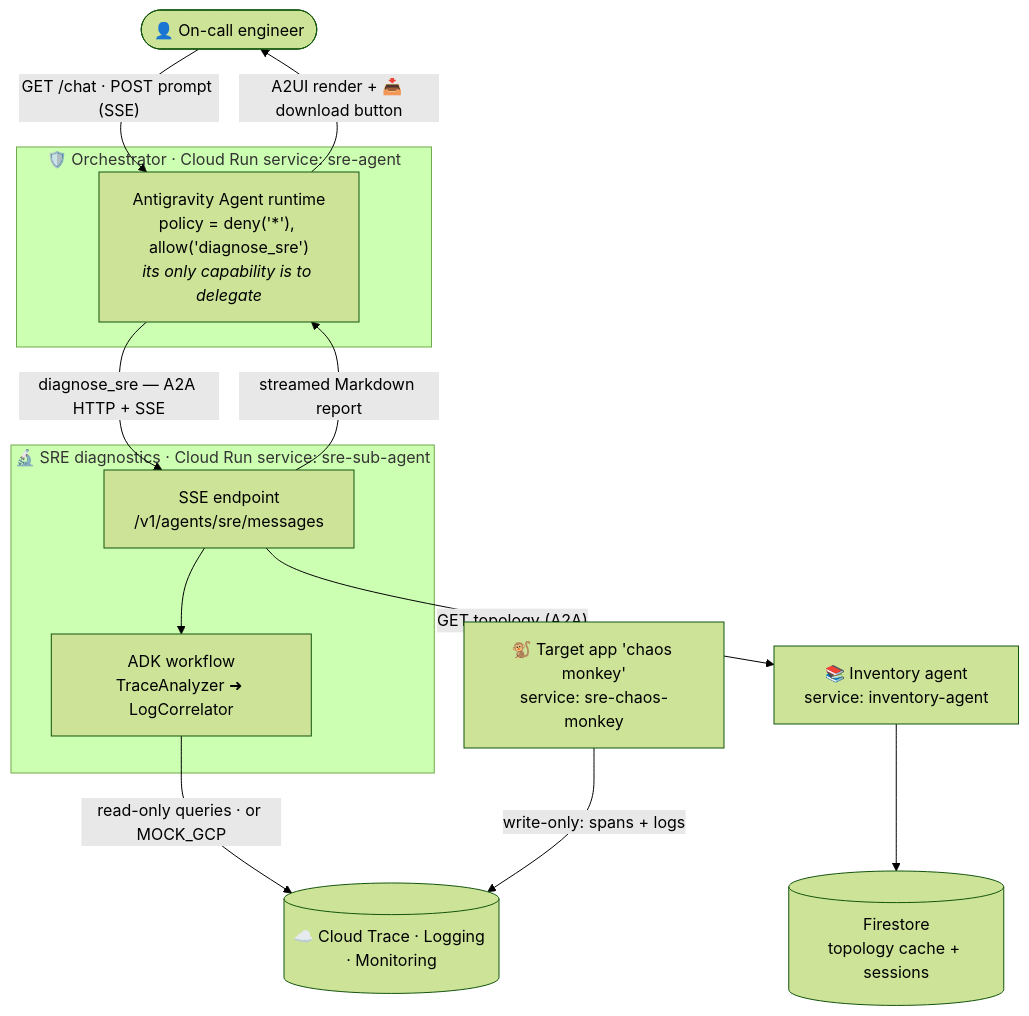
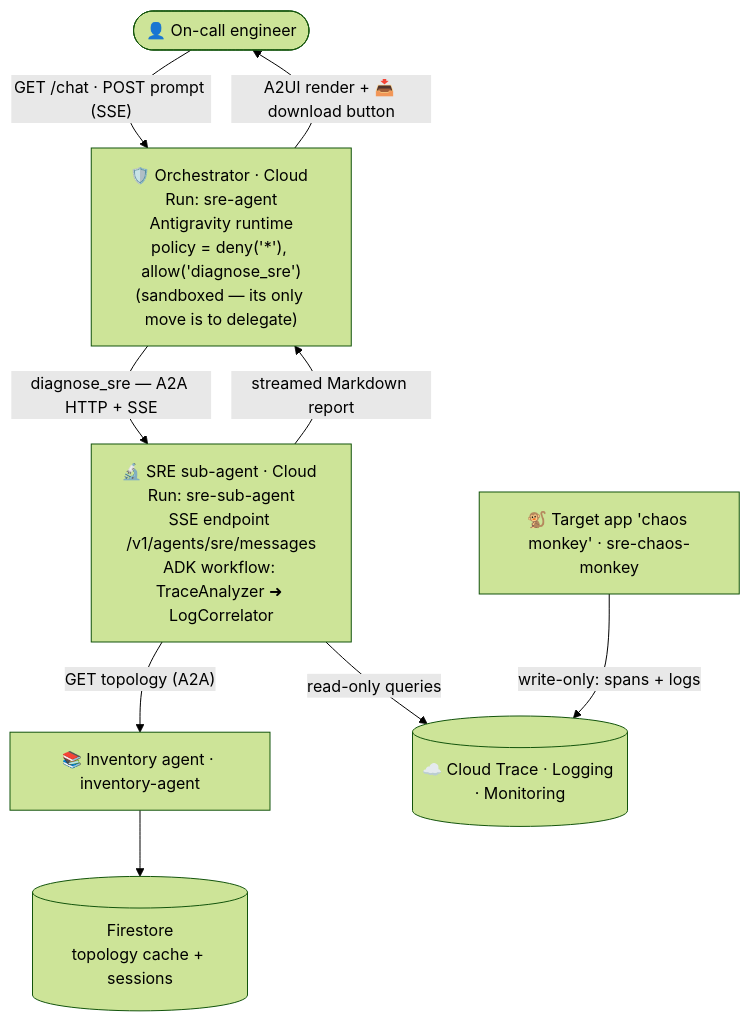
One commit to xSAVIKx/sre-agent changed the first of 5 diagrams in BLOGPOST.md. Above: the diagram before and after it, drawn with Mermaid (forest theme). The commit also changed 2 other files, not shown here.

Commit message:
docs: update BLOGPOST.md and architecture diagrams for streamlined visuals and clarity

````diff
--- a/BLOGPOST.md
+++ b/BLOGPOST.md
@@ -40,22 +40,19 @@
 ```mermaid
 flowchart TB
-    User(["👤 On-call engineer"]) -->|" GET /chat · POST prompt (SSE) "| Orch
+    User(["👤 On-call engineer"])
+    Orch["🛡️ Orchestrator · Cloud Run: sre-agent<br/>Antigravity runtime<br/>policy = deny('*'), allow('diagnose_sre')<br/>(sandboxed — its only move is to delegate)"]
+    SRE["🔬 SRE sub-agent · Cloud Run: sre-sub-agent<br/>SSE endpoint /v1/agents/sre/messages<br/>ADK workflow: TraceAnalyzer ➜ LogCorrelator"]
+    Inv["📚 Inventory agent · inventory-agent"]
+    FS[("Firestore<br/>topology cache + sessions")]
+    Obs[("☁️ Cloud Trace · Logging · Monitoring")]
+    App["🐒 Target app 'chaos monkey' · sre-chaos-monkey"]
 
-    subgraph Safe["🛡️ Orchestrator · Cloud Run service: sre-agent"]
-        Orch["Antigravity Agent runtime<br/>policy = deny('*'), allow('diagnose_sre')<br/><i>its only capability is to delegate</i>"]
-    end
-
+    User -->|" GET /chat · POST prompt (SSE) "| Orch
     Orch -->|" diagnose_sre — A2A HTTP + SSE "| SRE
-
-    subgraph Diag["🔬 SRE diagnostics · Cloud Run service: sre-sub-agent"]
-        SRE["SSE endpoint<br/>/v1/agents/sre/messages"] --> WF
-        WF["ADK workflow<br/>TraceAnalyzer ➜ LogCorrelator"]
-    end
-
-    SRE -->|" GET topology (A2A) "| Inv["📚 Inventory agent<br/>service: inventory-agent"]
-    Inv --> FS[("Firestore<br/>topology cache + sessions")]
-    WF -->|" read-only queries · or MOCK_GCP "| Obs[("☁️ Cloud Trace · Logging · Monitoring")]
-    App["🐒 Target app 'chaos monkey'<br/>service: sre-chaos-monkey"] -->|" write-only: spans + logs "| Obs
     SRE -->|" streamed Markdown report "| Orch
     Orch -->|" A2UI render + 📥 download button "| User
+    SRE -->|" GET topology (A2A) "| Inv
+    Inv --> FS
+    SRE -->|" read-only queries "| Obs
+    App -->|" write-only: spans + logs "| Obs
 ```
````
